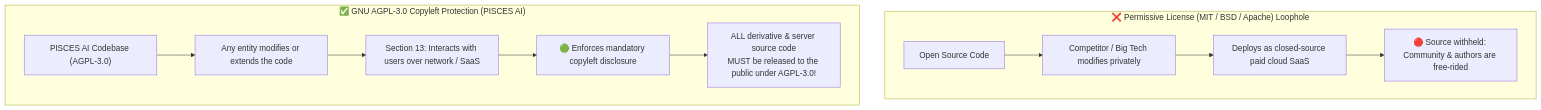
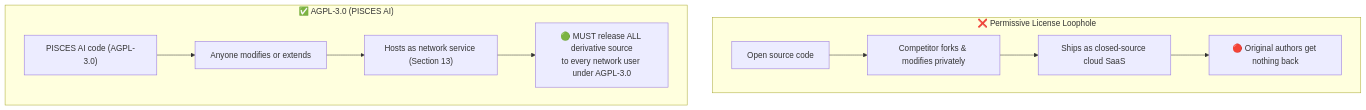
One commit to VB-Blue/PISCES-bot changed the sixth of 6 diagrams in README.md. Above: the diagram before and after it, drawn with Mermaid. The commit also changed other lines of this file, not shown here.

Commit message:
docs: rewrite README with real code-backed competitive advantages

````diff
--- a/README.md
+++ b/README.md
@@ -166,16 +408,14 @@
 ```mermaid
 flowchart TD
-    subgraph Traditional["❌ Permissive License (MIT / BSD / Apache) Loophole"]
-        P_Original["Open Source Code"] --> P_Modify["Competitor / Big Tech modifies privately"]
-        P_Modify --> P_SaaS["Deploys as closed-source paid cloud SaaS"]
-        P_Result["🔴 Source withheld: Community & authors are free-rided"]
-        P_SaaS --> P_Result
+    subgraph Permissive["❌ Permissive License Loophole"]
+        A["Open source code"] --> B["Competitor forks & modifies privately"]
+        B --> C["Ships as closed-source cloud SaaS"]
+        C --> D["🔴 Original authors get nothing back"]
     end
 
-    subgraph AGPL["✅ GNU AGPL-3.0 Copyleft Protection (PISCES AI)"]
-        A_Original["PISCES AI Codebase (AGPL-3.0)"] --> A_Modify["Any entity modifies or extends the code"]
-        A_Modify --> A_Network["Section 13: Interacts with users over network / SaaS"]
-        A_Network --> A_Mandatory["🟢 Enforces mandatory copyleft disclosure"]
-        A_Mandatory --> A_Open["ALL derivative & server source code<br/>MUST be released to the public under AGPL-3.0!"]
+    subgraph AGPL["✅ AGPL-3.0 (PISCES AI)"]
+        E["PISCES AI code (AGPL-3.0)"] --> F["Anyone modifies or extends"]
+        F --> G["Hosts as network service (Section 13)"]
+        G --> H["🟢 MUST release ALL derivative source<br/>to every network user under AGPL-3.0"]
     end
 ```
````
